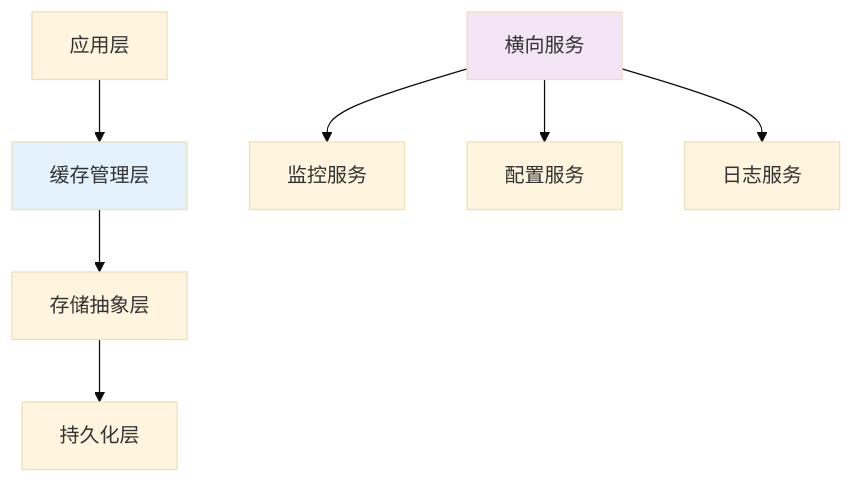
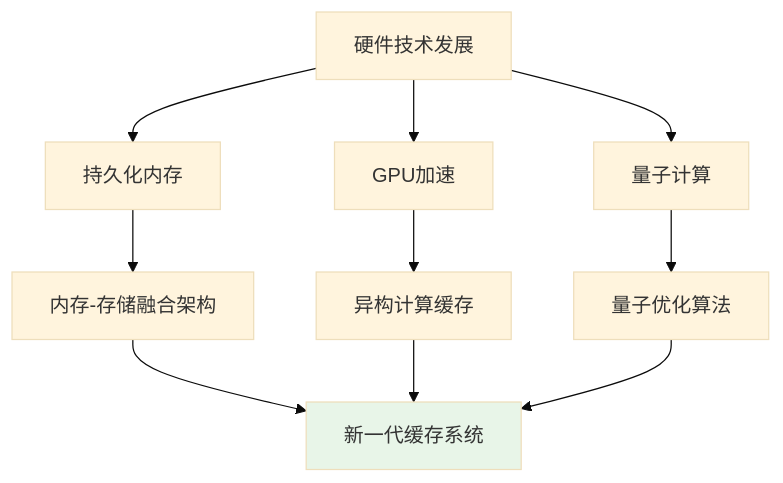
One commit to crazypenguincode/duckdb changed the second of 5 diagrams in md/第六章-总结与展望.md. Above: the diagram before and after it, drawn with Mermaid (base theme). The commit also changed other lines of this file and 361 other files, not shown here.

````diff
--- a/md/第六章-总结与展望.md
+++ b/md/第六章-总结与展望.md
@@ -208,13 +121,16 @@
 ```mermaid
 graph TB
-    A[应用层] --> B[缓存管理层]
-    B --> C[存储抽象层]
-    C --> D[持久化层]
+    A[硬件技术发展] --> B[持久化内存]
+    A --> C[GPU加速]
+    A --> D[量子计算]
     
-    E[横向服务] --> F[监控服务]
-    E --> G[配置服务]
-    E --> H[日志服务]
+    B --> E[内存-存储融合架构]
+    C --> F[异构计算缓存]
+    D --> G[量子优化算法]
     
-    style B fill:#e3f2fd
-    style E fill:#f3e5f5
+    E --> H[新一代缓存系统]
+    F --> H
+    G --> H
+    
+    style H fill:#e8f5e8
 ```
````
